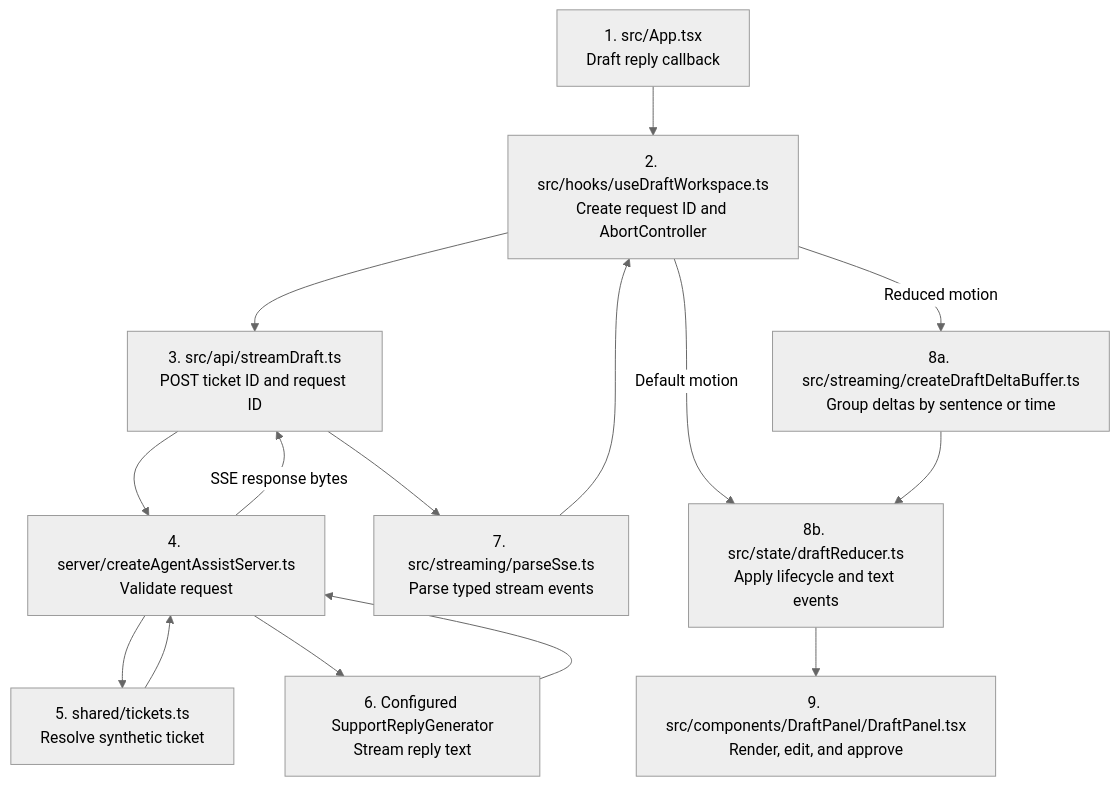
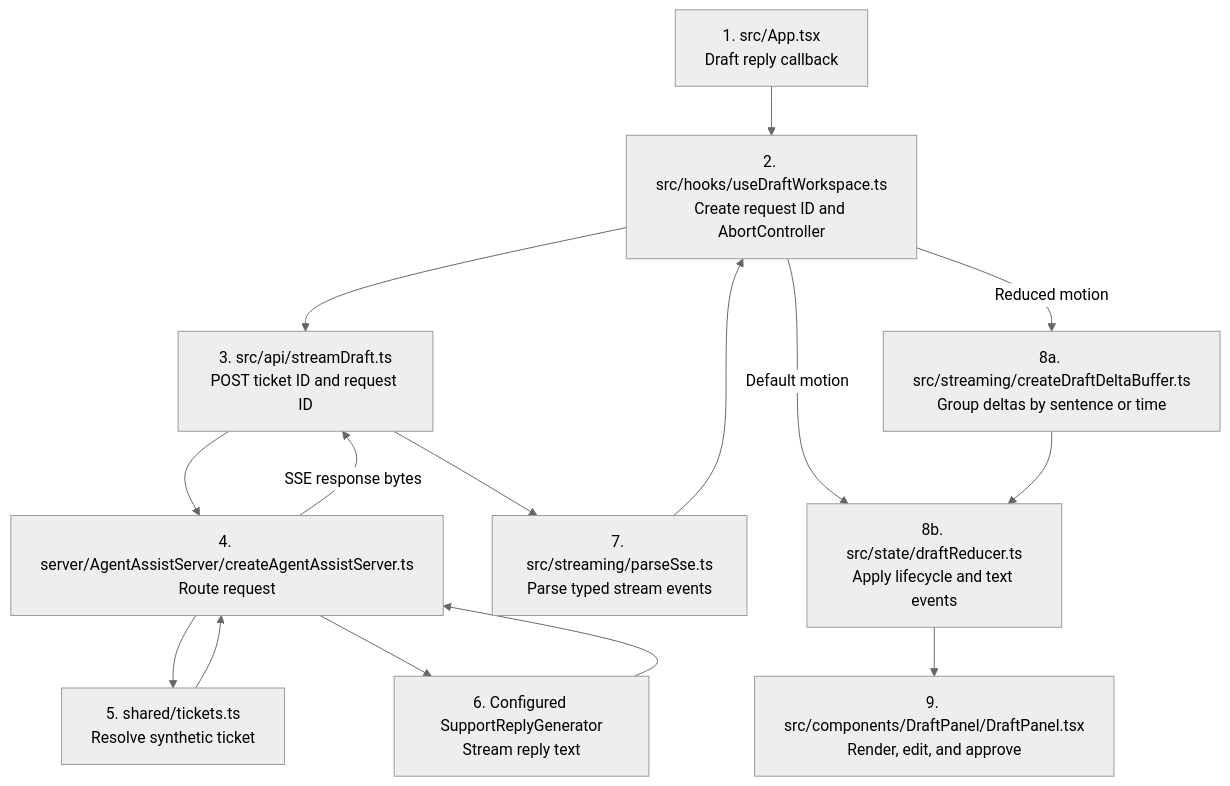
The second of 2 diagrams in README.md (KyleSudu/agent-assist-console), drawn with Mermaid (neutral theme) before and after one commit. The commit also changed other lines of this file and 5 other files, not shown here.

Commit message:
refactor: colocate agent assist server files

````diff
--- a/README.md
+++ b/README.md
@@ -113,17 +113,17 @@
 ```mermaid
 flowchart TD
     App["1. src/App.tsx<br/>Draft reply callback"] --> Hook["2. src/hooks/useDraftWorkspace.ts<br/>Create request ID and AbortController"]
     Hook --> Client["3. src/api/streamDraft.ts<br/>POST ticket ID and request ID"]
-    Client --> Server["4. server/createAgentAssistServer.ts<br/>Validate request"]
+    Client --> Server["4. server/AgentAssistServer/createAgentAssistServer.ts<br/>Route request"]
     Server --> Tickets["5. shared/tickets.ts<br/>Resolve synthetic ticket"]
     Tickets --> Server
     Server --> Generator["6. Configured SupportReplyGenerator<br/>Stream reply text"]
     Generator --> Server
     Server -->|SSE response bytes| Client
     Client --> Parser["7. src/streaming/parseSse.ts<br/>Parse typed stream events"]
     Parser --> Hook
     Hook -->|Reduced motion| Buffer["8a. src/streaming/createDraftDeltaBuffer.ts<br/>Group deltas by sentence or time"]
     Hook -->|Default motion| Reducer["8b. src/state/draftReducer.ts<br/>Apply lifecycle and text events"]
     Buffer --> Reducer
     Reducer --> Panel["9. src/components/DraftPanel/DraftPanel.tsx<br/>Render, edit, and approve"]
 ```
````
